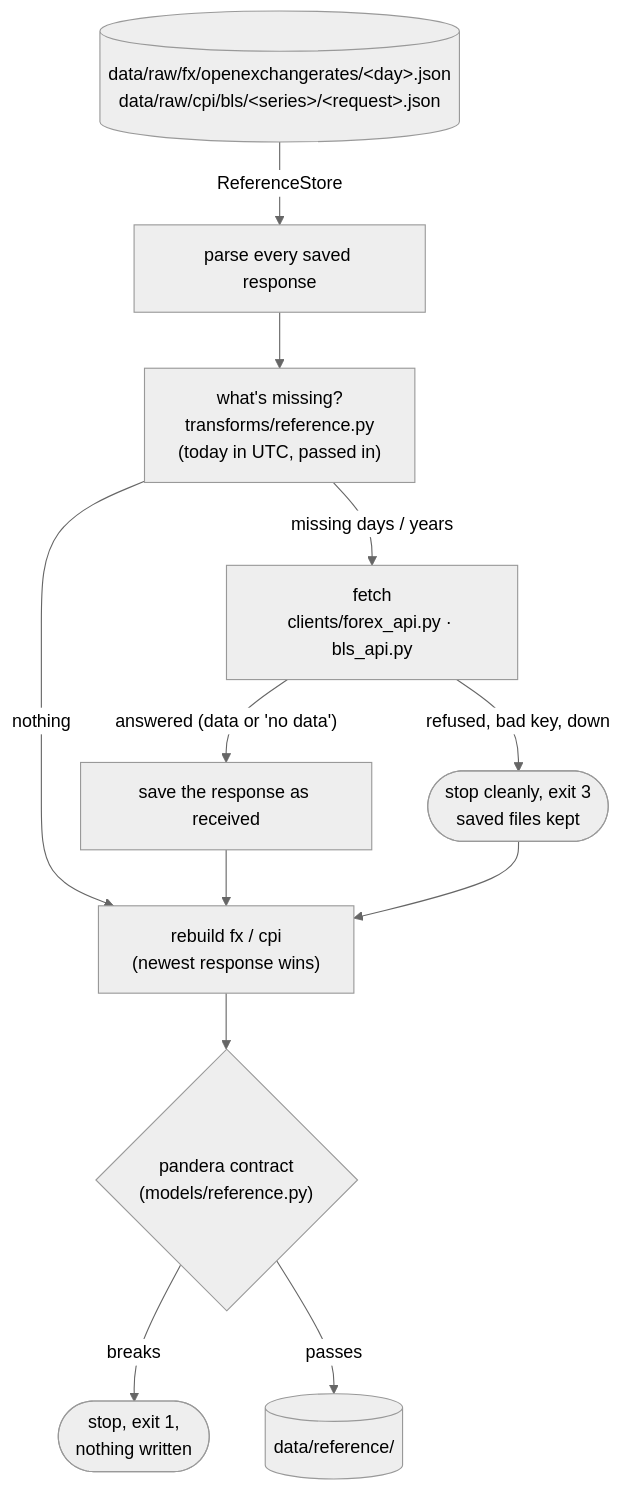
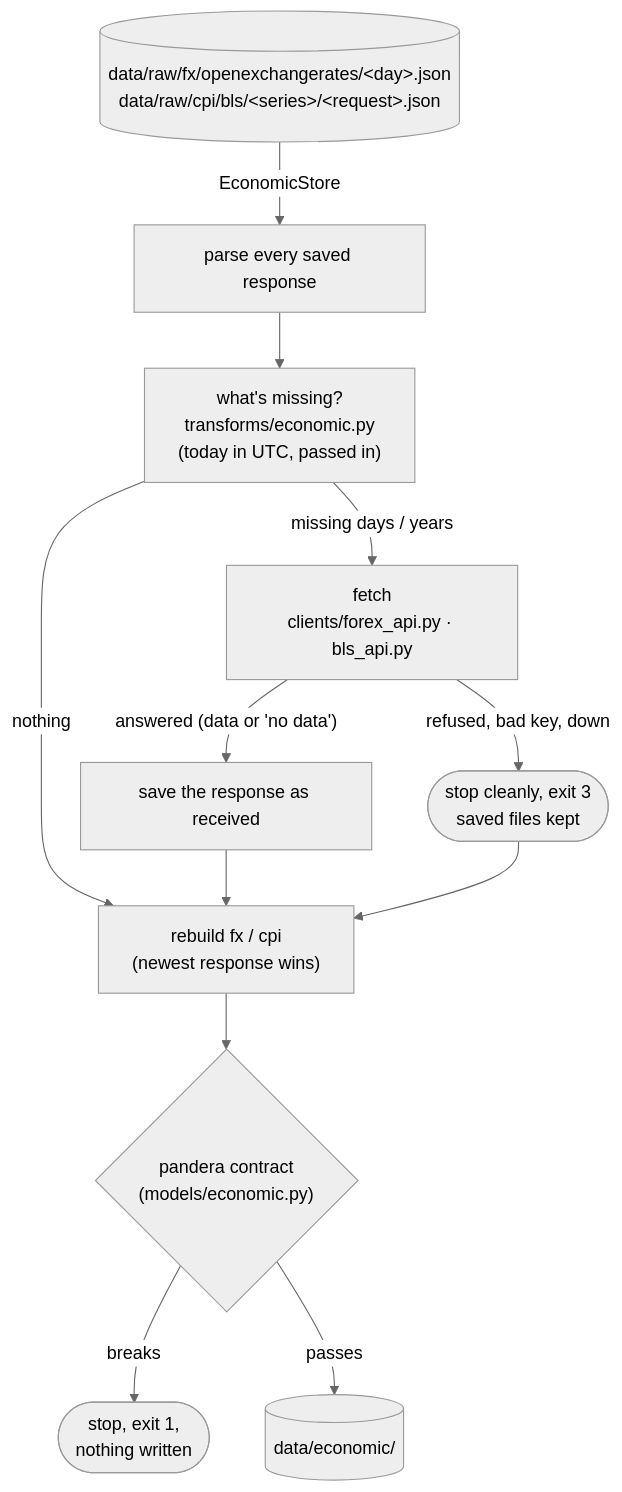
The sixth of 7 diagrams in docs/architecture.md (tynardone/coffee-review), drawn with Mermaid (neutral theme) before and after one commit. The commit also changed other lines of this file and 31 other files, not shown here.

First line of the commit message:
refactor: rename the reference layer to economic

````diff
--- a/docs/architecture.md
+++ b/docs/architecture.md
@@ -182,14 +182,14 @@
 ```mermaid
 flowchart TD
-    saved[("data/raw/fx/openexchangerates/&lt;day&gt;.json<br>data/raw/cpi/bls/&lt;series&gt;/&lt;request&gt;.json")] -->|ReferenceStore| parse["parse every saved response"]
-    parse --> plan["what's missing?<br>transforms/reference.py<br>(today in UTC, passed in)"]
+    saved[("data/raw/fx/openexchangerates/&lt;day&gt;.json<br>data/raw/cpi/bls/&lt;series&gt;/&lt;request&gt;.json")] -->|EconomicStore| parse["parse every saved response"]
+    parse --> plan["what's missing?<br>transforms/economic.py<br>(today in UTC, passed in)"]
     plan -->|nothing| rebuild
     plan -->|"missing days / years"| fetch["fetch<br>clients/forex_api.py · bls_api.py"]
     fetch -->|"answered (data or 'no data')"| save["save the response as received"]
     save --> rebuild["rebuild fx / cpi<br>(newest response wins)"]
     fetch -->|"refused, bad key, down"| stop(["stop cleanly, exit 3<br>saved files kept"])
     stop --> rebuild
-    rebuild --> contract{"pandera contract<br>(models/reference.py)"}
+    rebuild --> contract{"pandera contract<br>(models/economic.py)"}
     contract -->|breaks| stop2(["stop, exit 1,<br>nothing written"])
-    contract -->|passes| ref[("data/reference/")]
+    contract -->|passes| ref[("data/economic/")]
 ```
````
